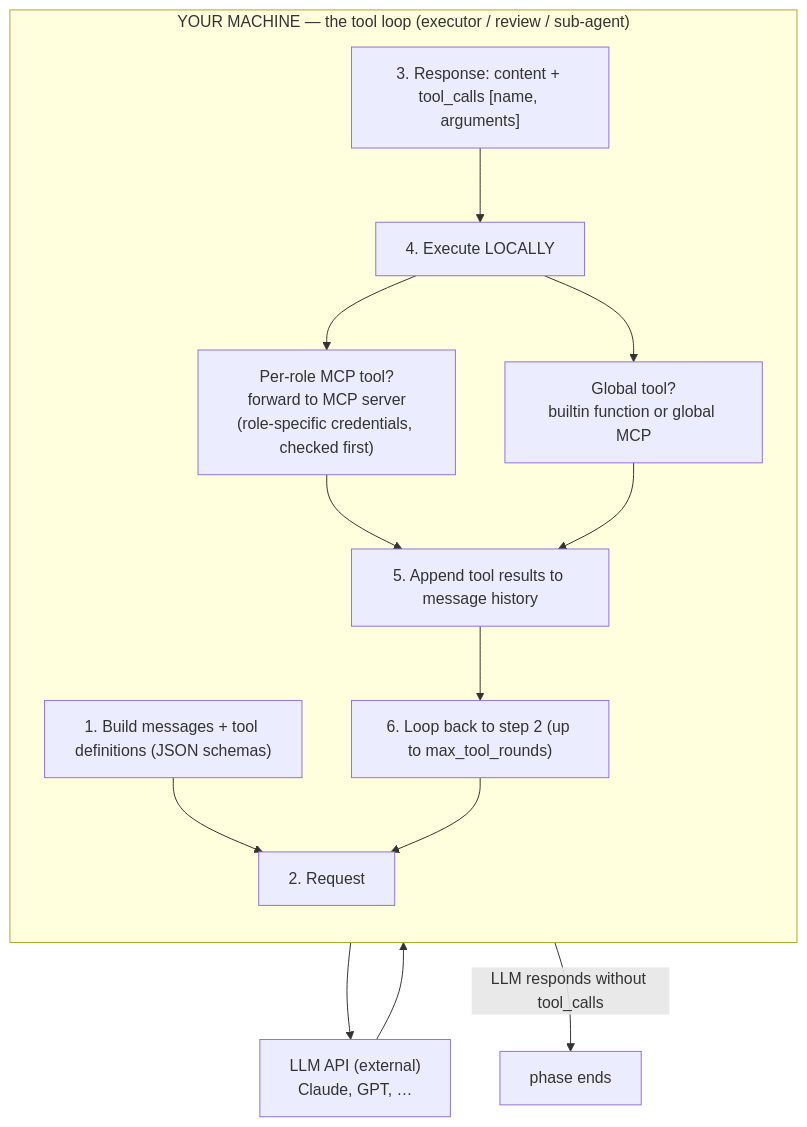
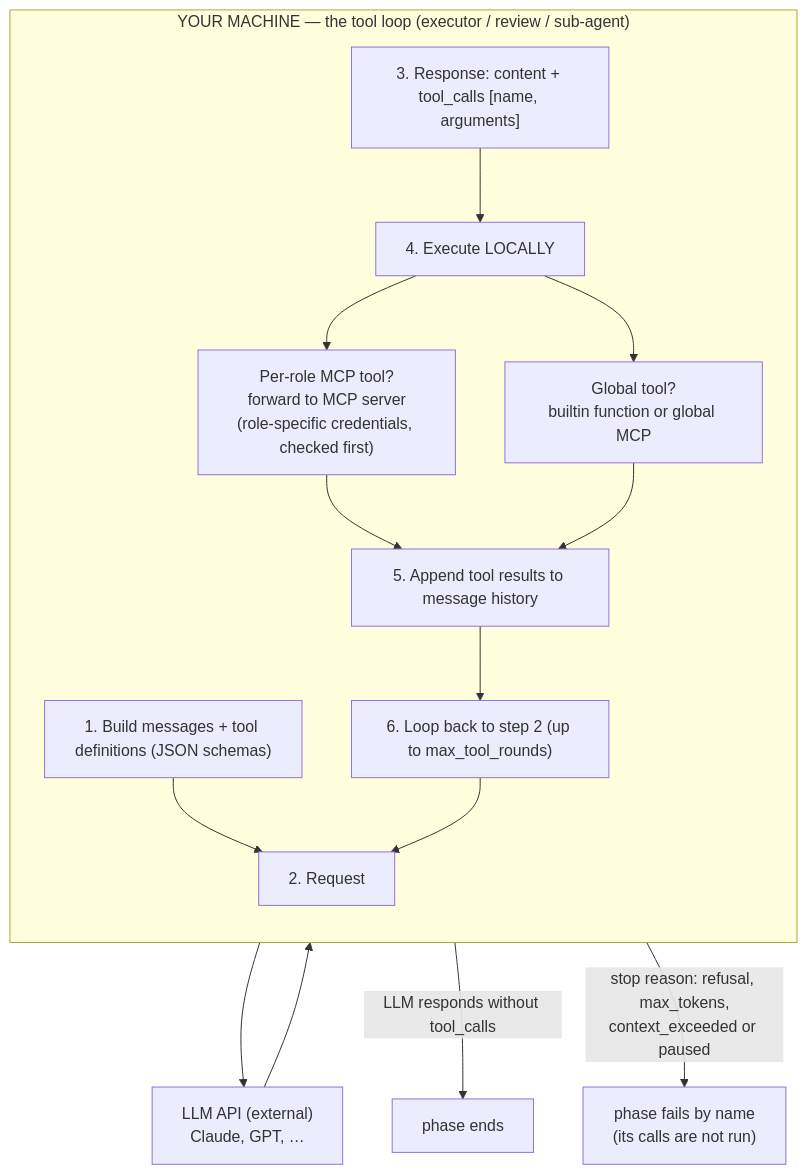
The second of 5 diagrams in docs/concepts/agent-runtime.md (crewlet/crewlet), drawn with Mermaid before and after one commit. The commit also changed other lines of this file and 40 other files, not shown here.

````diff
--- a/docs/concepts/agent-runtime.md
+++ b/docs/concepts/agent-runtime.md
@@ -125,26 +128,27 @@
 ```mermaid
 flowchart TD
     subgraph machine["YOUR MACHINE — the tool loop (executor / review / sub-agent)"]
         direction TB
         S1["1. Build messages + tool definitions (JSON schemas)"]
         S2["2. Request"]
         S3["3. Response: content + tool_calls [name, arguments]"]
         S4["4. Execute LOCALLY"]
         S5["5. Append tool results to message history"]
         S6["6. Loop back to step 2 (up to max_tool_rounds)"]
         MCP["Per-role MCP tool?<br/>forward to MCP server<br/>(role-specific credentials, checked first)"]
         GLOBAL["Global tool?<br/>builtin function or global MCP"]
         S1 --> S2
         S3 --> S4
         S4 --> MCP
         S4 --> GLOBAL
         MCP --> S5
         GLOBAL --> S5
         S5 --> S6
         S6 --> S2
     end
     LLM["LLM API (external)<br/>Claude, GPT, …"]
     S2 --> LLM
     LLM --> S3
     S6 -->|"LLM responds without tool_calls"| DONE["phase ends"]
+    S3 -->|"stop reason: refusal, max_tokens,<br/>context_exceeded or paused"| FAIL["phase fails by name<br/>(its calls are not run)"]
 ```
````
